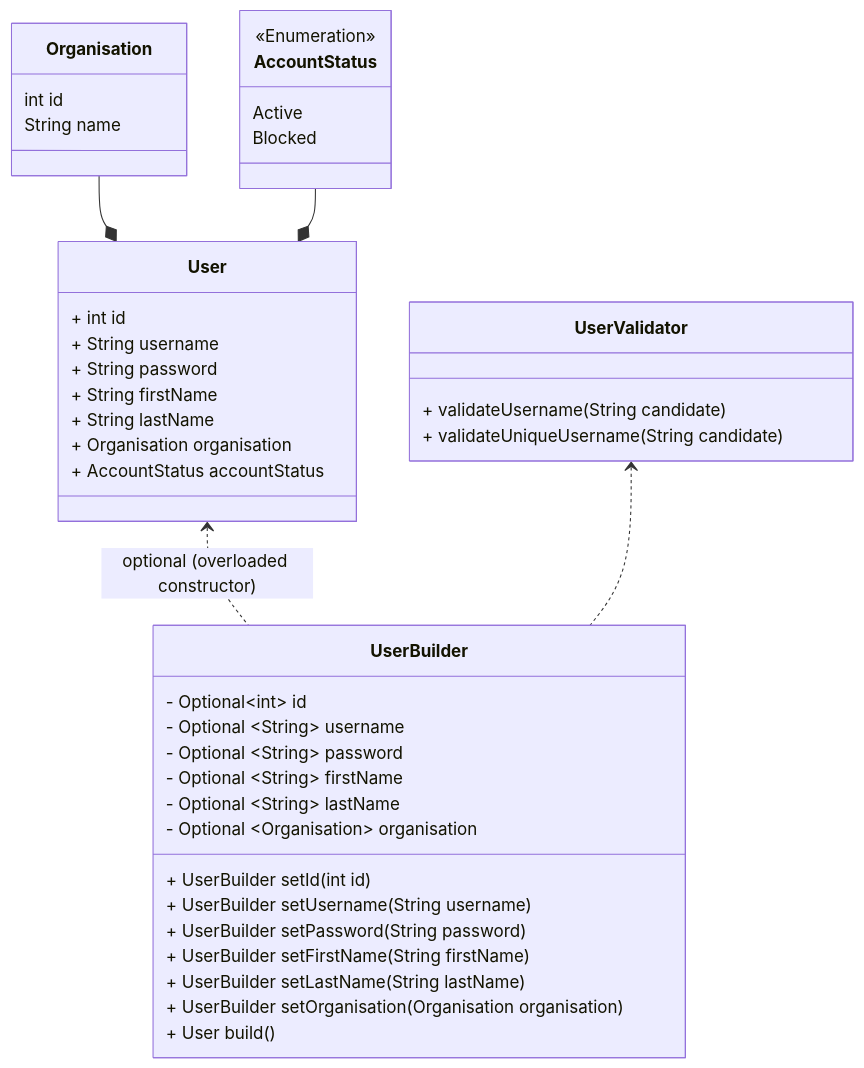
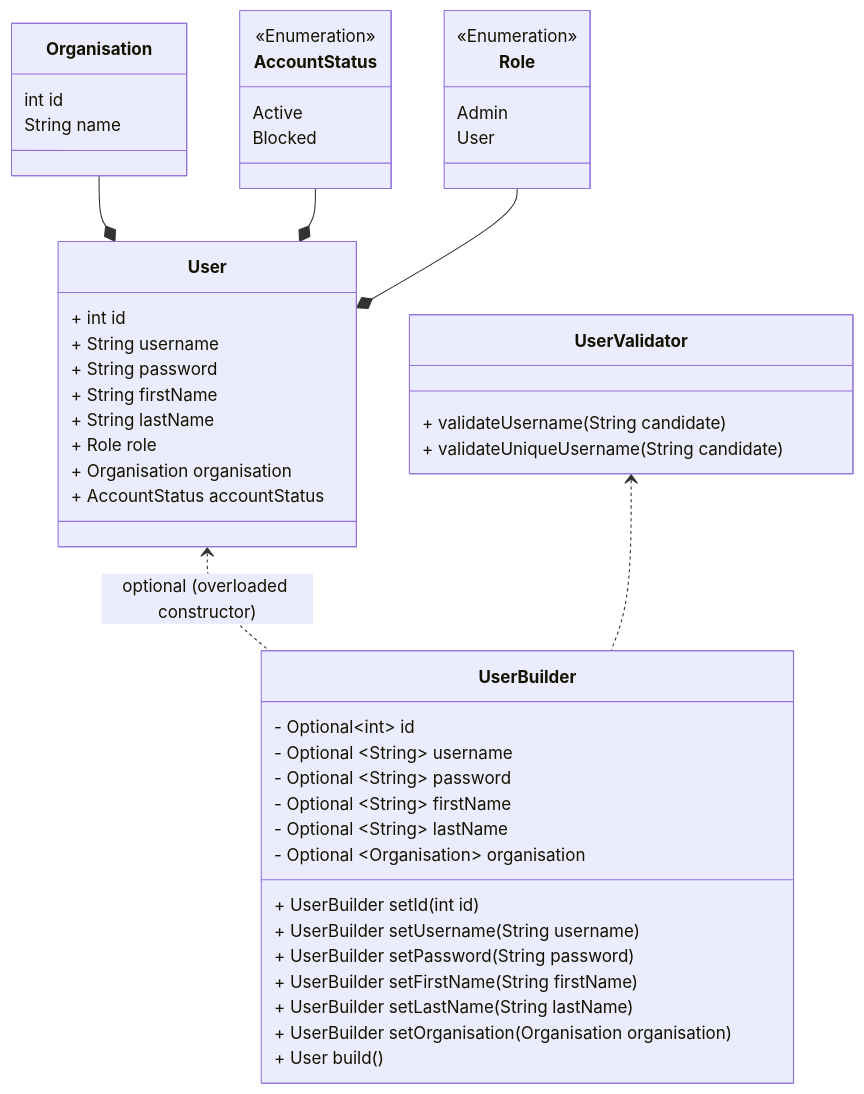
One commit to grancalavera/auction-house changed the first of 3 diagrams in docs/class.md. Above: the diagram before and after it, drawn with Mermaid. The commit also changed other lines of this file and 3 other files, not shown here.

````diff
--- a/docs/class.md
+++ b/docs/class.md
@@ -12,62 +12,70 @@
 ```mermaid
 
 classDiagram
 
 %% I want the constructor of this class to be private and visible only
 %% to UserBuilder, so that it is not possible to make invalid users.
 %% maybe make this immutable (but why?)
 class User {
   + int id
   + String username
   + String password
   + String firstName
   + String lastName
+  + Role role
   + Organisation organisation
   + AccountStatus accountStatus
 }
 
 class AccountStatus {
   <<Enumeration>>
   Active
   Blocked
+}
+
+class Role {
+  <<Enumeration>>
+  Admin
+  User
 }
 
 class Organisation {
   int id
   String name
 }
 
 %% This may have two constructors
 %% empty: no values and requires full validation
 %% from user: takes an user as an argument
 class UserBuilder {
   - Optional~int~ id
   - Optional ~String~ username
   - Optional ~String~ password
   - Optional ~String~ firstName
   - Optional ~String~ lastName
   - Optional ~Organisation~ organisation
 
   %% maybe the builder shouldn't have an id
   %% or make the id required in the builder constructor?
   + UserBuilder setId(int id)
   + UserBuilder setUsername(String username)
   + UserBuilder setPassword(String password)
   + UserBuilder setFirstName(String firstName)
   + UserBuilder setLastName(String lastName)
   + UserBuilder setOrganisation(Organisation organisation)
   %% throws if user validation fails
   + User build()
 }
 
 class UserValidator {
   + validateUsername(String candidate)
   + validateUniqueUsername(String candidate)
 }
 
 Organisation --* User
 AccountStatus --* User
+Role --* User
 
 User <.. UserBuilder: optional (overloaded constructor)
 UserValidator <.. UserBuilder
 ```
````
